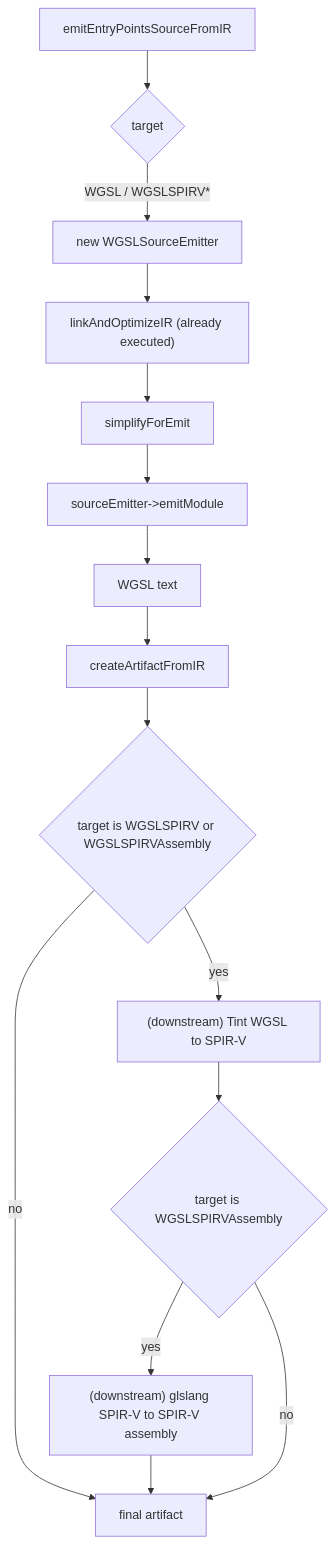
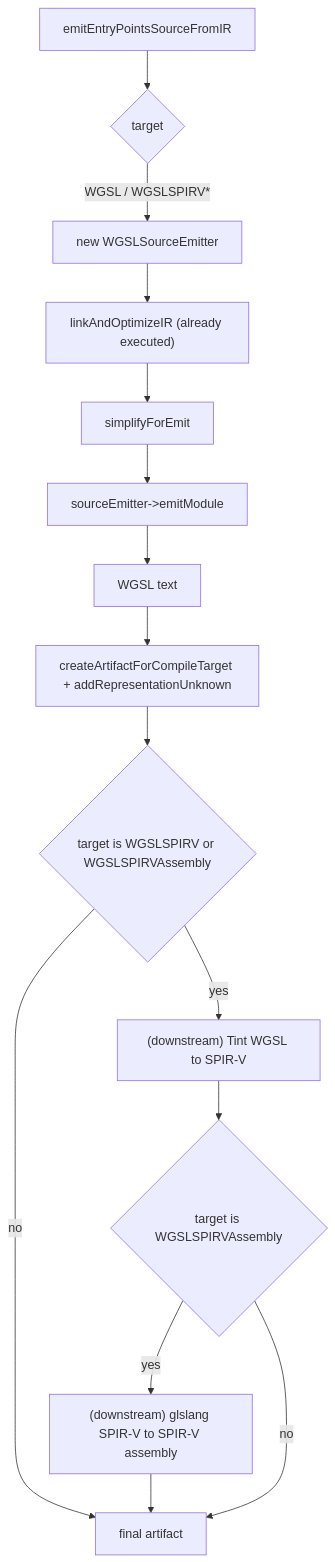
One commit to shader-slang/slang changed the fifth of 5 diagrams in docs/generated/design/target-pipelines/wgsl.md. Above: the diagram before and after it, drawn with Mermaid. The commit also changed other lines of this file and 176 other files, not shown here.

````diff
--- a/docs/generated/design/target-pipelines/wgsl.md
+++ b/docs/generated/design/target-pipelines/wgsl.md
@@ -592,24 +679,24 @@
 ```mermaid
 flowchart TD
   ent[emitEntryPointsSourceFromIR]
   selectEmit{target}
   newEmit[new WGSLSourceEmitter]
   linkOpt2["linkAndOptimizeIR (already executed)"]
   simpForEmit[simplifyForEmit]
   emitModule[sourceEmitter->emitModule]
   textOut[WGSL text]
-  artifact[createArtifactFromIR]
+  artifact["createArtifactForCompileTarget + addRepresentationUnknown"]
   spirvGate{target is WGSLSPIRV or WGSLSPIRVAssembly}
   tint["(downstream) Tint WGSL to SPIR-V"]
   asmGate{target is WGSLSPIRVAssembly}
   glslang["(downstream) glslang SPIR-V to SPIR-V assembly"]
   done[final artifact]
 
   ent --> selectEmit
   selectEmit -->|"WGSL / WGSLSPIRV*"| newEmit
   newEmit --> linkOpt2 --> simpForEmit --> emitModule --> textOut --> artifact --> spirvGate
   spirvGate -->|yes| tint --> asmGate
   spirvGate -->|no| done
   asmGate -->|yes| glslang --> done
   asmGate -->|no| done
 ```
````
